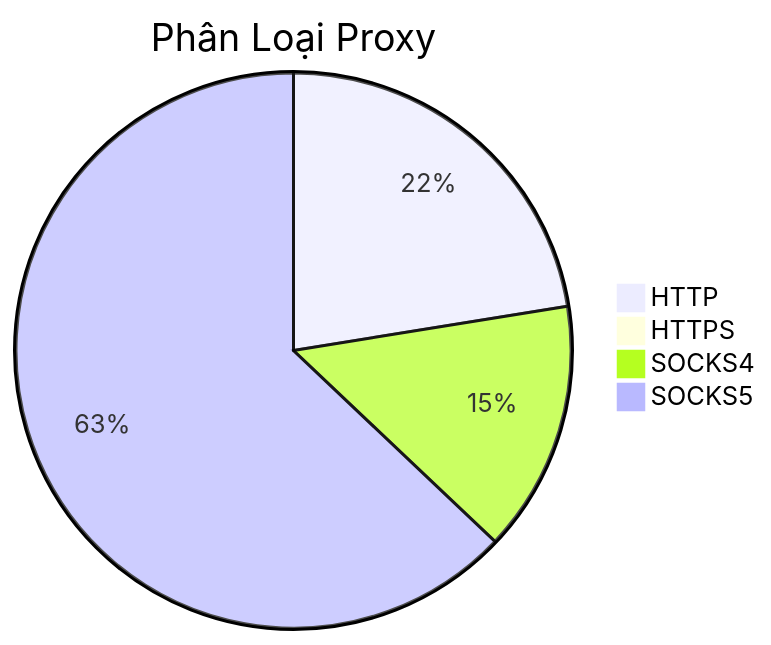
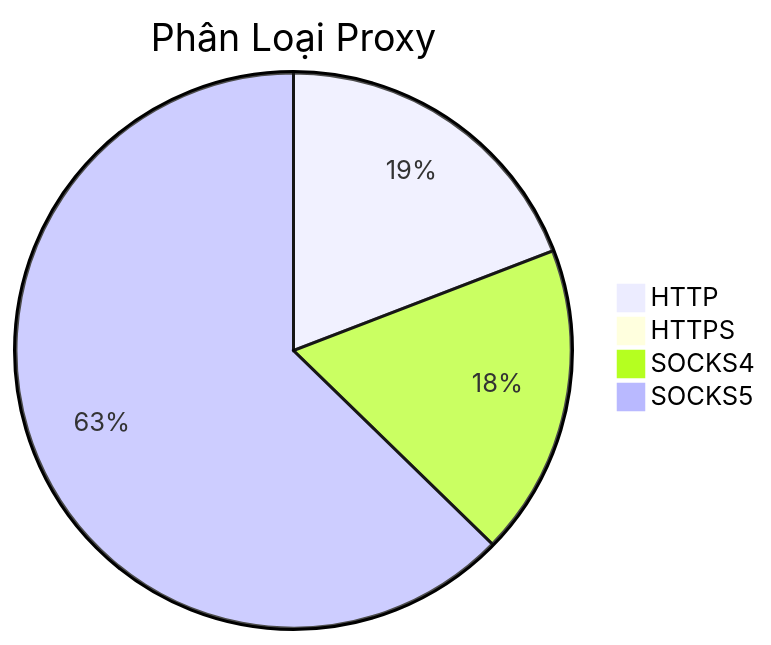
Before and after one commit to Ciara-Aa/PROXY-free: the diagram in README.md, drawn with Mermaid. The commit also changed other lines of this file and 4 other files, not shown here.

````diff
--- a/README.md
+++ b/README.md
@@ -26,7 +26,7 @@
 ```mermaid
 pie title Phân Loại Proxy
-    "HTTP" : 594
-    "HTTPS" : 2
-    "SOCKS4" : 387
-    "SOCKS5" : 1665
+    "HTTP" : 407
+    "HTTPS" : 4
+    "SOCKS4" : 385
+    "SOCKS5" : 1332
 ```
````
